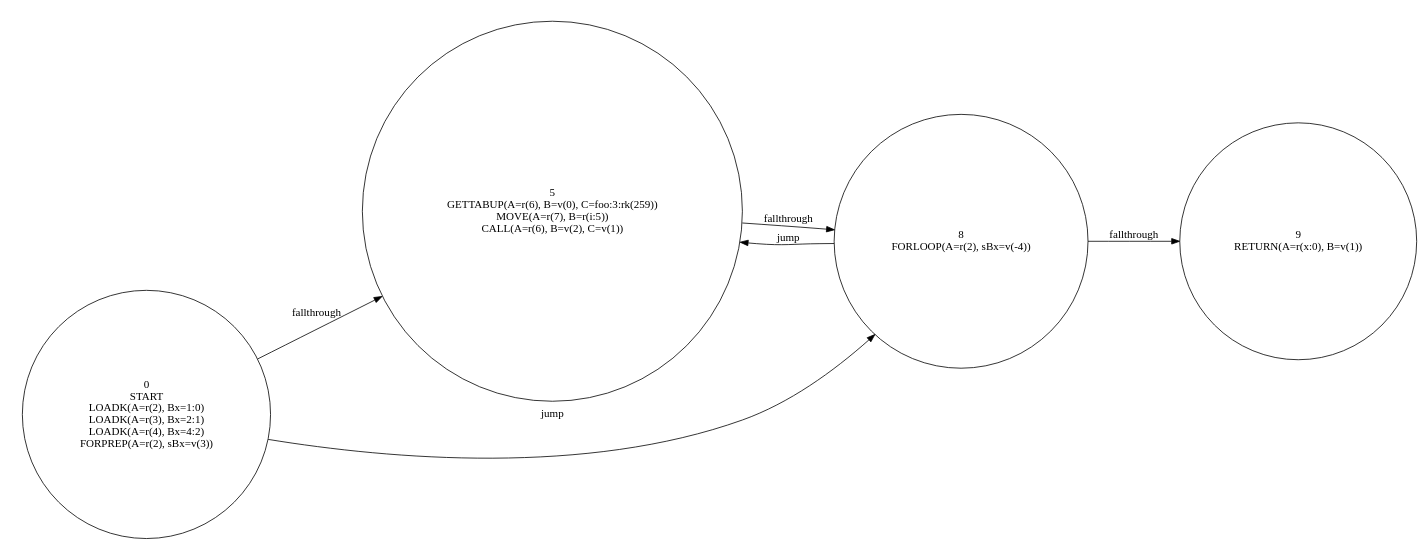
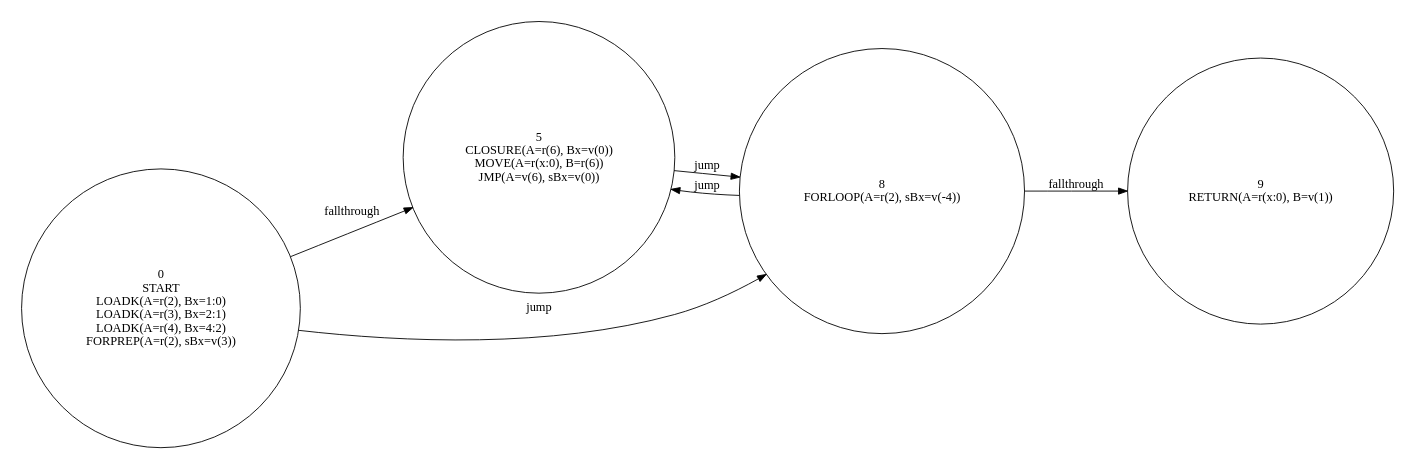
Before and after one commit to leegao/LuaInLua: the diagram in testing/test.dot, drawn with Graphviz. The commit also changed 2 other files, not shown here.

```diff
--- a/testing/test.dot
+++ b/testing/test.dot
@@ -1,24 +1,24 @@
 digraph {
   rankdir=LR;
   size="8,5"
   node[shape=circle,label=""];
   0 [label="0
 START
 LOADK(A=r(2), Bx=1:0)
 LOADK(A=r(3), Bx=2:1)
 LOADK(A=r(4), Bx=4:2)
 FORPREP(A=r(2), sBx=v(3))"];
   5 [label="5
-GETTABUP(A=r(6), B=v(0), C=foo:3:rk(259))
-MOVE(A=r(7), B=r(i:5))
-CALL(A=r(6), B=v(2), C=v(1))"];
+CLOSURE(A=r(6), Bx=v(0))
+MOVE(A=r(x:0), B=r(6))
+JMP(A=v(6), sBx=v(0))"];
   8 [label="8
 FORLOOP(A=r(2), sBx=v(-4))"];
   9 [label="9
 RETURN(A=r(x:0), B=v(1))"];
   0 -> 5[label="fallthrough"];
   0 -> 8[label="jump"];
-  5 -> 8[label="fallthrough"];
+  5 -> 8[label="jump"];
   8 -> 5[label="jump"];
   8 -> 9[label="fallthrough"];
 }
```
